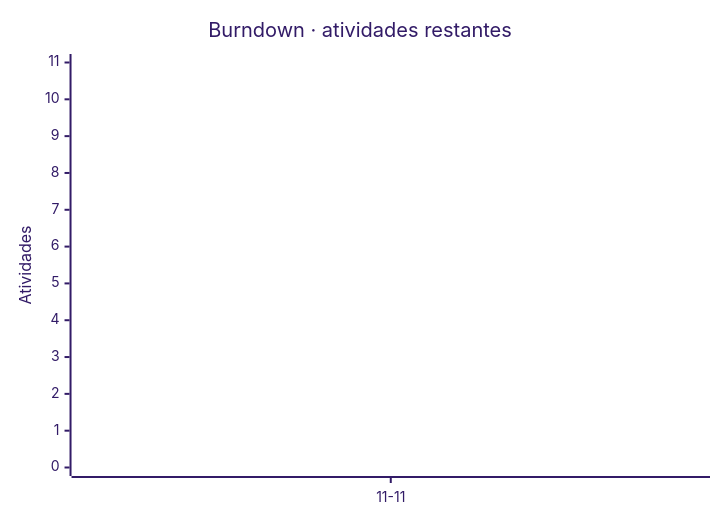
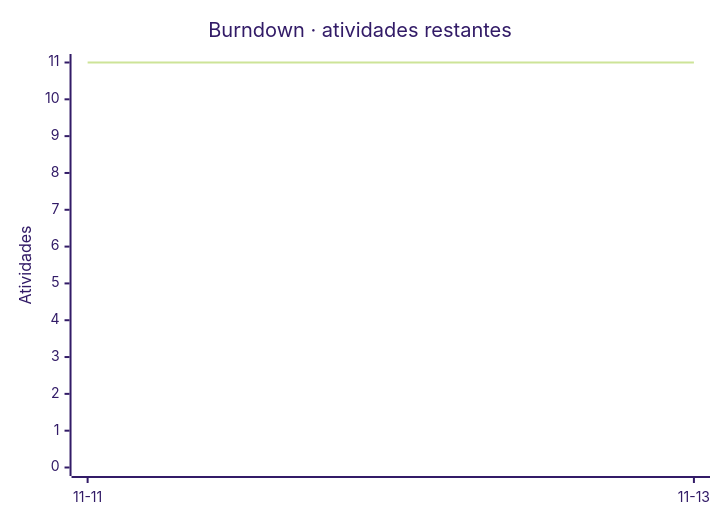
The third of 5 diagrams in docs/BACKLOG.md (softctrl/backloger), drawn with Mermaid (forest theme) before and after one commit. The commit also changed other lines of this file and 26 other files, not shown here.

````diff
--- a/docs/BACKLOG.md
+++ b/docs/BACKLOG.md
@@ -82,8 +82,8 @@
 ```mermaid
-%% backloger-chart-v1 {"kind":"line","title":"Burndown · atividades restantes","labels":["10-13","10-14","10-15","10-16","10-17","10-18","10-19","10-20","10-21","10-22","10-23","10-24","10-25","10-26","10-27","10-28","10-29","10-30","10-31","11-01","11-02","11-03","11-04","11-05","11-06","11-07","11-08","11-09","11-10","11-11"],"series":[{"name":"Restantes","values":[null,null,null,null,null,null,null,null,null,null,null,null,null,null,null,null,null,null,null,null,null,null,null,null,null,null,null,null,null,11.0]}],"colors":[]}
+%% backloger-chart-v1 {"kind":"line","title":"Burndown · atividades restantes","labels":["10-15","10-16","10-17","10-18","10-19","10-20","10-21","10-22","10-23","10-24","10-25","10-26","10-27","10-28","10-29","10-30","10-31","11-01","11-02","11-03","11-04","11-05","11-06","11-07","11-08","11-09","11-10","11-11","11-12","11-13"],"series":[{"name":"Restantes","values":[null,null,null,null,null,null,null,null,null,null,null,null,null,null,null,null,null,null,null,null,null,null,null,null,null,null,null,11.0,null,11.0]}],"colors":[]}
 xychart-beta
     title "Burndown #183; atividades restantes"
-    x-axis ["11-11"]
+    x-axis ["11-11", "11-13"]
     y-axis "Atividades" 0 --> 11
-    line [11]
+    line [11, 11]
 ```
````
